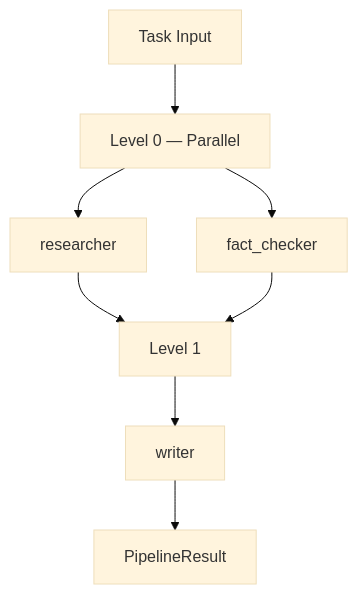
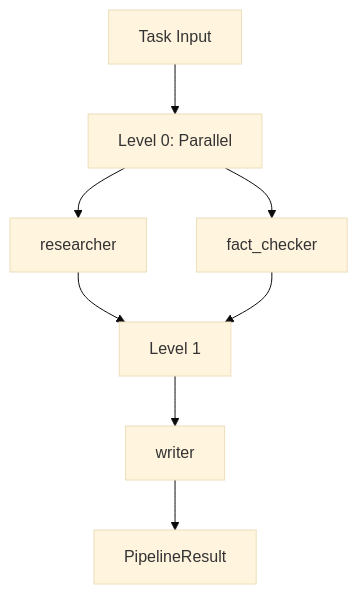
The diagram in README.md (KaramQ6/agentflow), drawn with Mermaid (base theme) before and after one commit. The commit also changed other lines of this file and 1 other file, not shown here.

````diff
--- a/README.md
+++ b/README.md
@@ -90,10 +90,10 @@
 ```mermaid
 graph TD
-    T[Task Input] --> L0[Level 0 — Parallel]
+    T[Task Input] --> L0["Level 0: Parallel"]
     L0 --> A1[researcher]
     L0 --> A2[fact_checker]
     A1 --> L1[Level 1]
     A2 --> L1
     L1 --> A3[writer]
     A3 --> R[PipelineResult]
 ```
````
